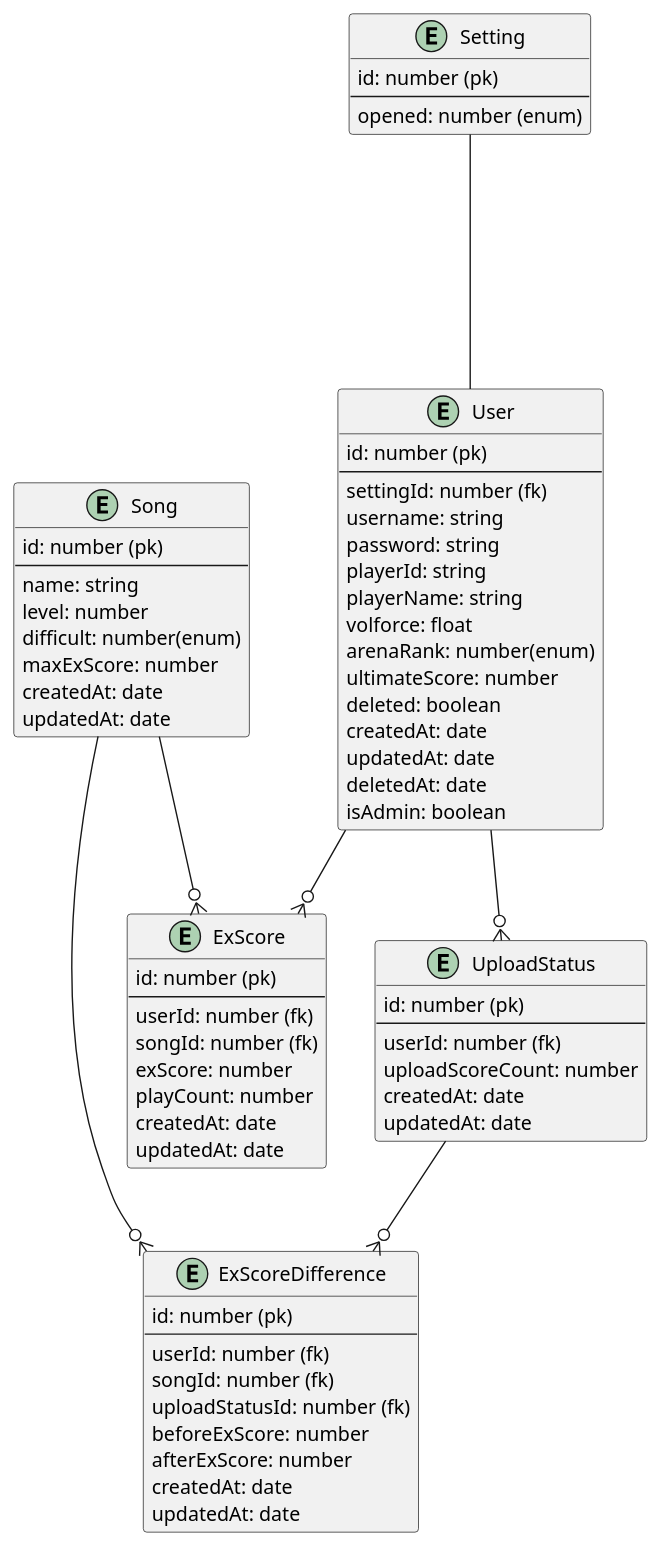
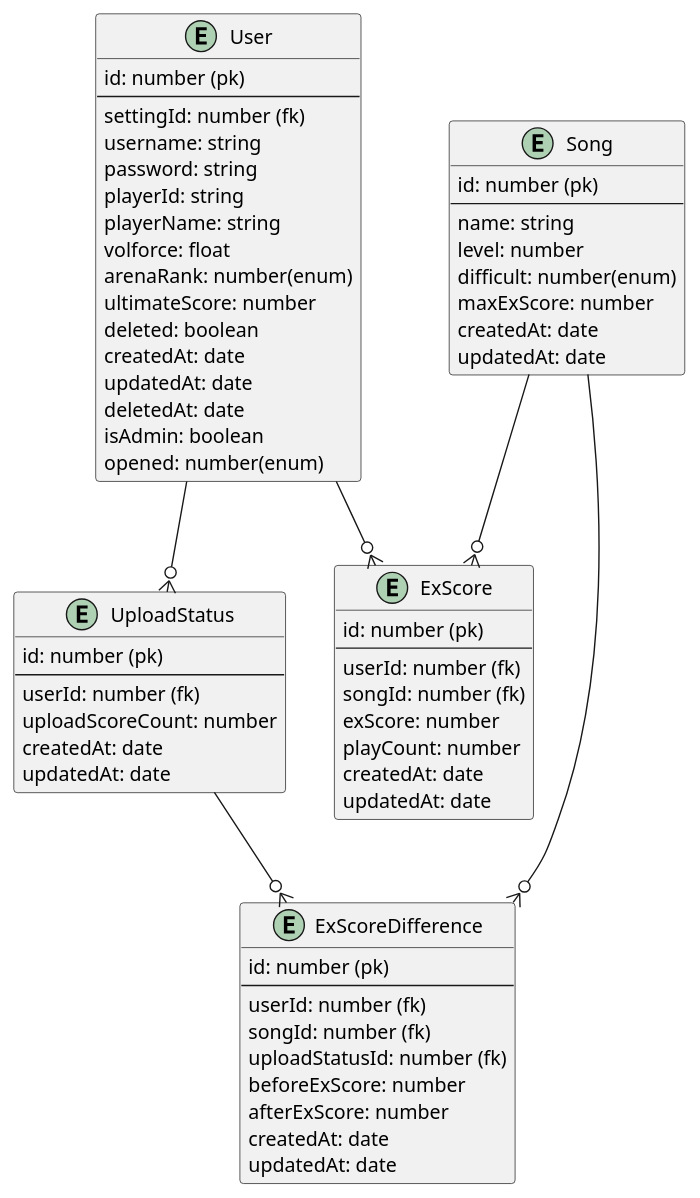
Before and after one commit to saezurucrow/sdvx-est: the diagram in design/dbDchema.pu, drawn with PlantUML. The commit also changed 10 other files, not shown here.

```diff
--- a/design/dbDchema.pu
+++ b/design/dbDchema.pu
@@ -1,85 +1,78 @@
 @startuml sdvxest
 
 entity User {
   id: number (pk)
   --
   settingId: number (fk)
   username: string
   password: string
   playerId: string
   playerName: string
   volforce: float
   arenaRank: number(enum)
   ultimateScore: number
   deleted: boolean
   createdAt: date
   updatedAt: date
   deletedAt: date
   isAdmin: boolean
+  opened: number(enum)
 }
 ' (op)rivalData
 
 ' # TODO: 正規化
 entity Song {
   id: number (pk)
   --
   name: string
   level: number
   difficult: number(enum)
   maxExScore: number
   createdAt: date
   updatedAt: date
 }
 ' (op) bpm(min - max)
 
 entity ExScore {
   id: number (pk)
   --
   userId: number (fk)
   songId: number (fk)
   exScore: number
   playCount: number
   createdAt: date
   updatedAt: date
 }
 
 ' アップロード状況
 entity UploadStatus {
   id: number (pk)
   --
   userId: number (fk)
   uploadScoreCount: number
   createdAt: date
   updatedAt: date
 }
 
 ' 差分
 entity ExScoreDifference {
   id: number (pk)
   --
   userId: number (fk)
   songId: number (fk)
   uploadStatusId: number (fk)
   beforeExScore: number
   afterExScore: number
   createdAt: date
   updatedAt: date
 }
 
-' 公開設定
-entity Setting {
-  id: number (pk)
-  --
-  opened: number (enum)
-}
-
-Setting ---- User
 User --o{ UploadStatus
 User --o{ ExScore
 
 Song --o{ ExScore
 Song --o{ ExScoreDifference
 
 UploadStatus --o{ ExScoreDifference
 
 @enduml
```
